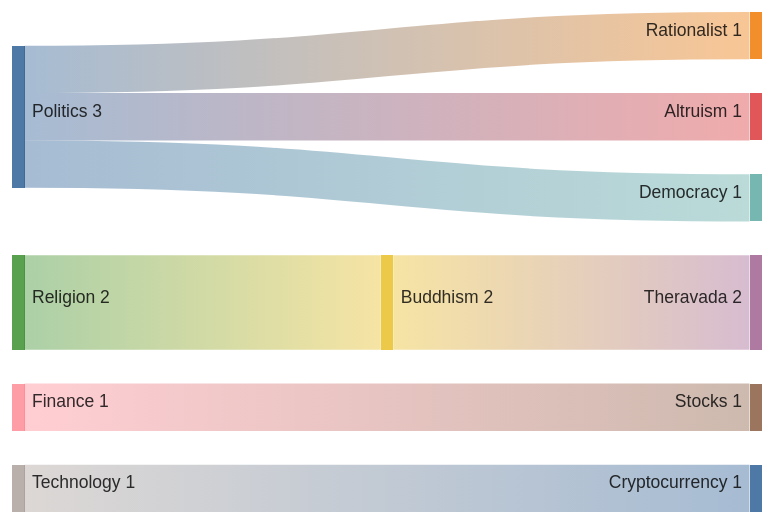
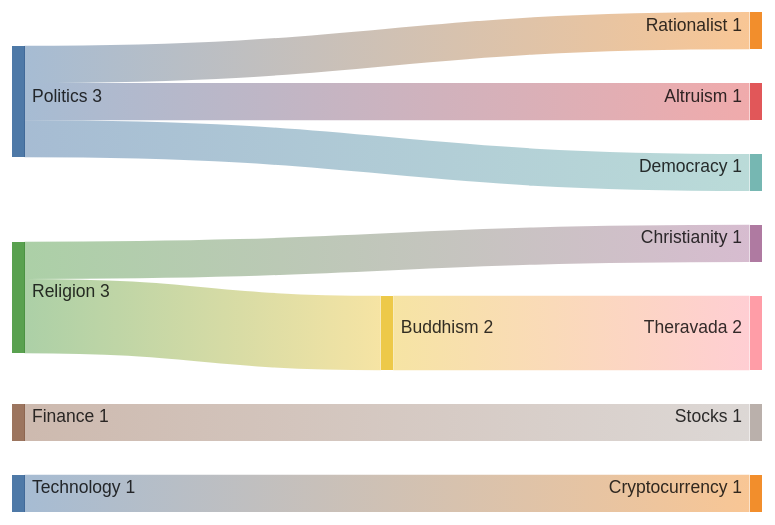
One commit to f0ldspace/notes changed the first of 2 diagrams in Reading-2025.md. Above: the diagram before and after it, drawn with Mermaid. The commit also changed other lines of this file and 1 other file, not shown here.

Commit message:
Finished reading mere christianity

````diff
--- a/Reading-2025.md
+++ b/Reading-2025.md
@@ -12,14 +12,16 @@
 ```mermaid
 sankey-beta
 Politics,Rationalist,1
 Politics,Altruism,1
 Politics,Democracy,1
 
 Religion,Buddhism,2
+Religion,Christianity,1
 Buddhism,Theravada,2
+
 
 Finance,Stocks,1
 
 
 Technology,Cryptocurrency,1
 ```
````
